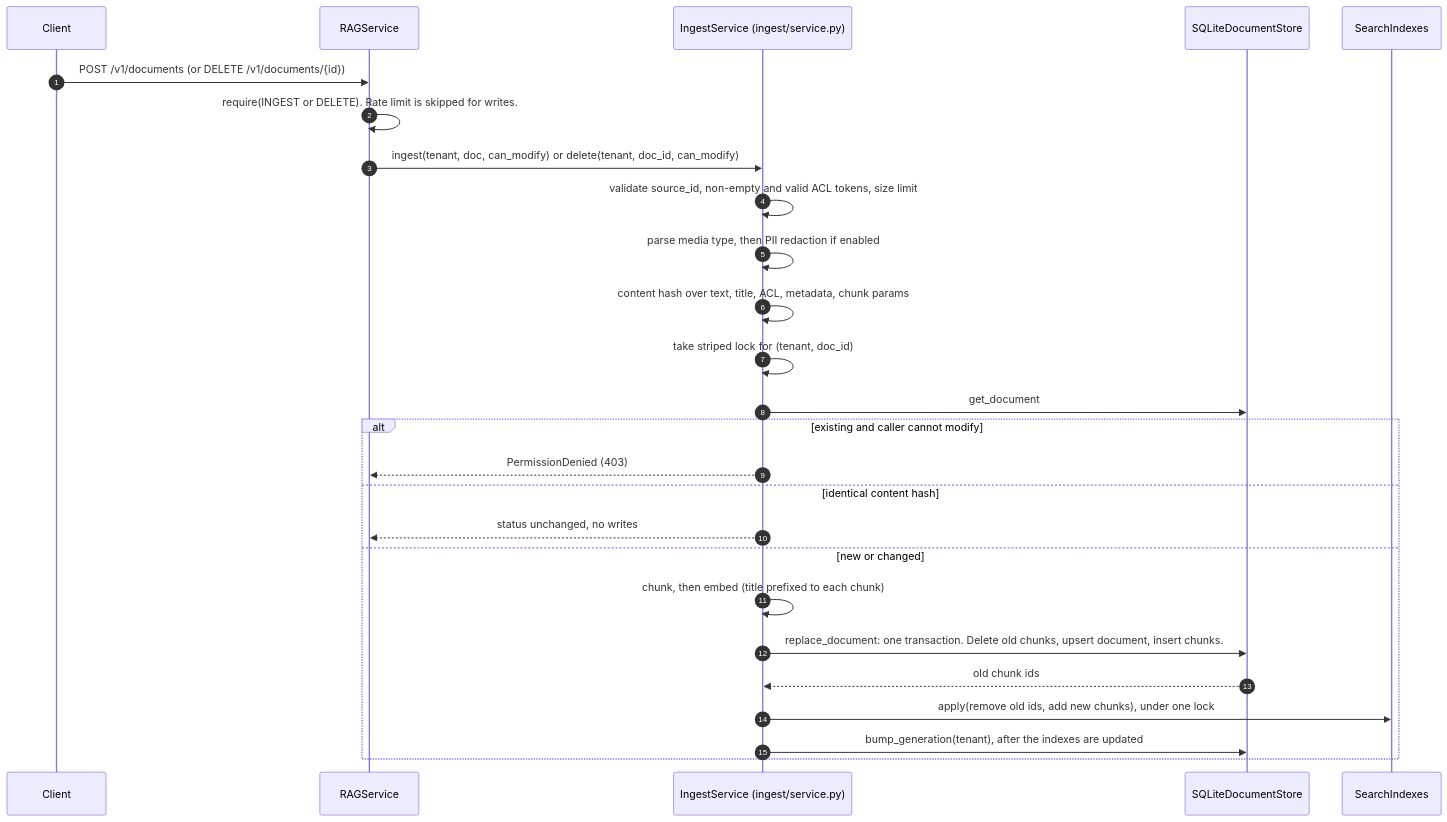
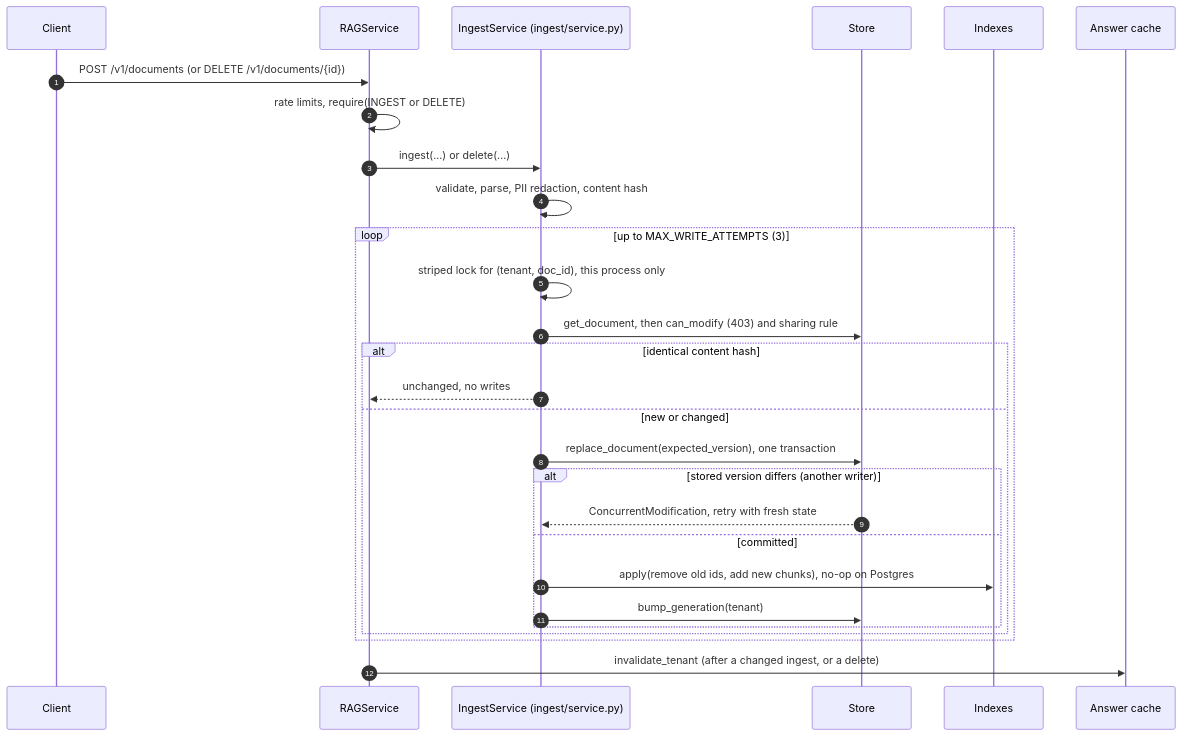
The third of 3 diagrams in docs/architecture.md (Vanalite/fastRag), drawn with Mermaid before and after one commit. The commit also changed other lines of this file and 57 other files, not shown here.

First line of the commit message:
Add Postgres storage, ingest jobs, connector sync, Redis backends, streaming

````diff
--- a/docs/architecture.md
+++ b/docs/architecture.md
@@ -115,29 +122,31 @@
 ```mermaid
 sequenceDiagram
     autonumber
     participant C as Client
     participant S as RAGService
     participant I as IngestService (ingest/service.py)
-    participant ST as SQLiteDocumentStore
-    participant IX as SearchIndexes
+    participant ST as Store
+    participant IX as Indexes
+    participant K as Answer cache
 
     C->>S: POST /v1/documents (or DELETE /v1/documents/{id})
-    S->>S: require(INGEST or DELETE). Rate limit is skipped for writes.
-    S->>I: ingest(tenant, doc, can_modify) or delete(tenant, doc_id, can_modify)
-    I->>I: validate source_id, non-empty and valid ACL tokens, size limit
-    I->>I: parse media type, then PII redaction if enabled
-    I->>I: content hash over text, title, ACL, metadata, chunk params
-    I->>I: take striped lock for (tenant, doc_id)
-    I->>ST: get_document
-    alt existing and caller cannot modify
-        I-->>S: PermissionDenied (403)
-    else identical content hash
-        I-->>S: status unchanged, no writes
-    else new or changed
-        I->>I: chunk, then embed (title prefixed to each chunk)
-        I->>ST: replace_document: one transaction. Delete old chunks, upsert document, insert chunks.
-        ST-->>I: old chunk ids
-        I->>IX: apply(remove old ids, add new chunks), under one lock
-        I->>ST: bump_generation(tenant), after the indexes are updated
+    S->>S: rate limits, require(INGEST or DELETE)
+    S->>I: ingest(...) or delete(...)
+    I->>I: validate, parse, PII redaction, content hash
+    loop up to MAX_WRITE_ATTEMPTS (3)
+        I->>I: striped lock for (tenant, doc_id), this process only
+        I->>ST: get_document, then can_modify (403) and sharing rule
+        alt identical content hash
+            I-->>S: unchanged, no writes
+        else new or changed
+            I->>ST: replace_document(expected_version), one transaction
+            alt stored version differs (another writer)
+                ST-->>I: ConcurrentModification, retry with fresh state
+            else committed
+                I->>IX: apply(remove old ids, add new chunks), no-op on Postgres
+                I->>ST: bump_generation(tenant)
+            end
+        end
     end
+    S->>K: invalidate_tenant (after a changed ingest, or a delete)
 ```
````
